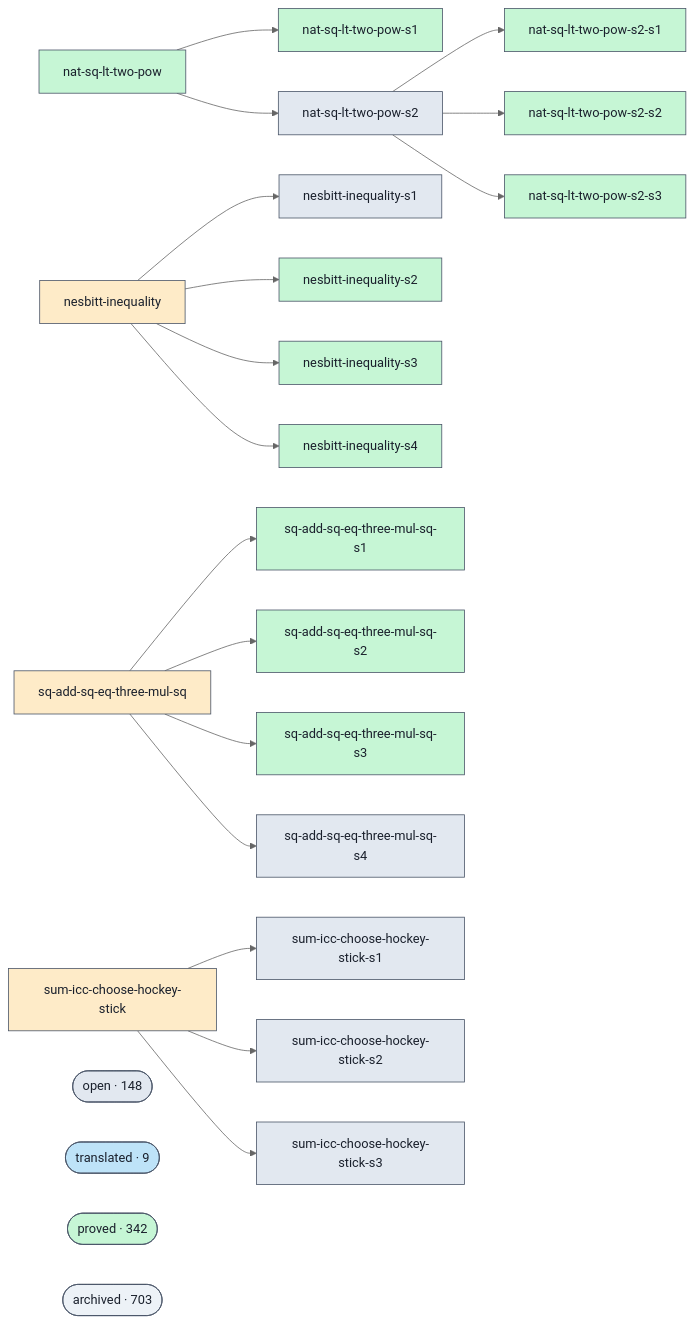
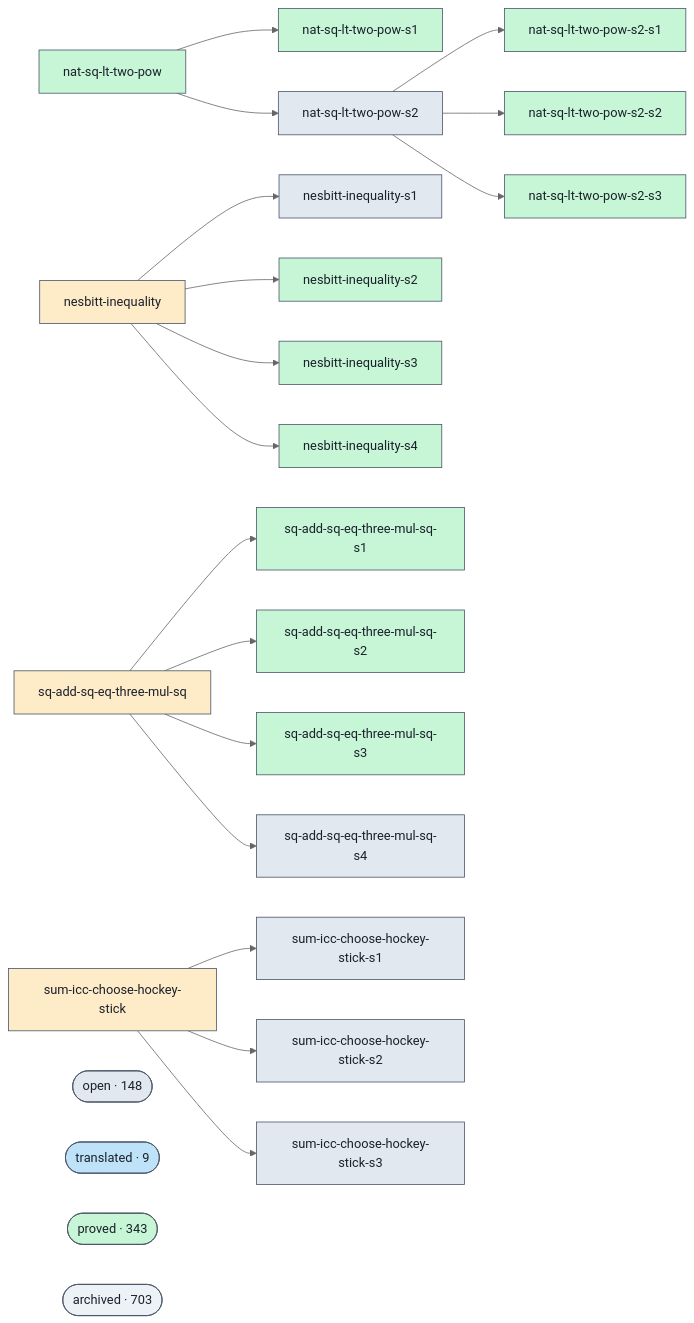
Before and after one commit to ohdearquant/unsorry: the diagram in docs/proofs-contributors-visualisation.md, drawn with Mermaid (neutral theme). The commit also changed other lines of this file and 2 other files, not shown here.

```diff
--- a/docs/proofs-contributors-visualisation.md
+++ b/docs/proofs-contributors-visualisation.md
@@ -102,7 +102,7 @@
   class cluster_open open;
   cluster_translated(["translated · 9"])
   class cluster_translated translated;
-  cluster_proved(["proved · 342"])
+  cluster_proved(["proved · 343"])
   class cluster_proved proved;
   cluster_archived(["archived · 703"])
   class cluster_archived unknown;
```
